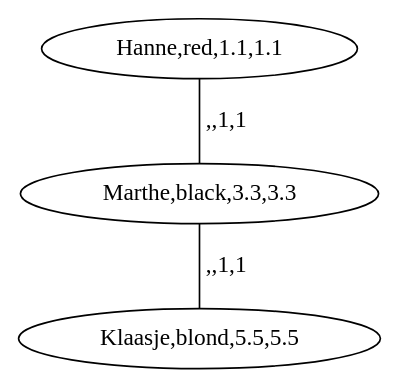
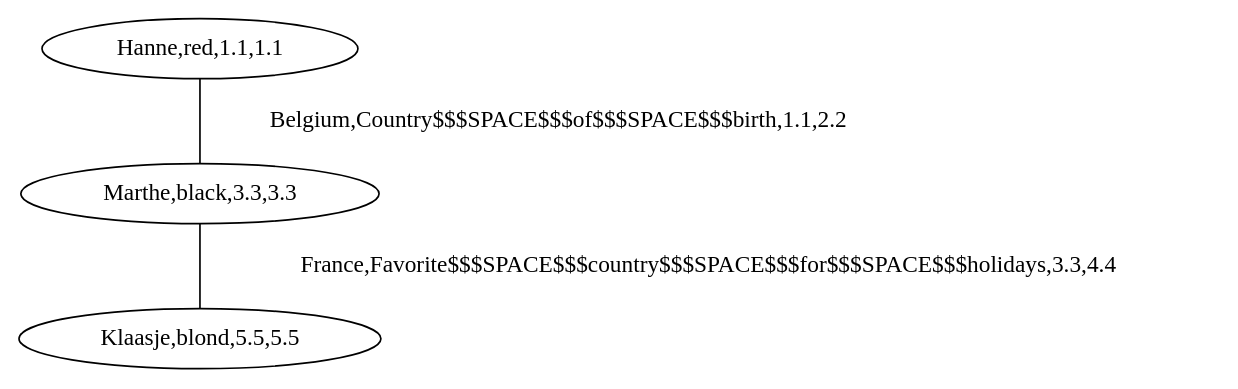
Before and after one commit to richelbilderbeek/boost_graph_cookbook_1: the diagram in BoostGraphTutorial/create_all_direct_neighbour_custom_and_selectable_edges_and_vertices_subgraphs_1.dot, drawn with Graphviz. The commit also changed 18 other files, not shown here.

```diff
--- a/BoostGraphTutorial/create_all_direct_neighbour_custom_and_selectable_edges_and_vertices_subgraphs_1.dot
+++ b/BoostGraphTutorial/create_all_direct_neighbour_custom_and_selectable_edges_and_vertices_subgraphs_1.dot
@@ -1,7 +1,7 @@
 graph G {
 0[label="Marthe,black,3.3,3.3", regular="0"];
 1[label="Hanne,red,1.1,1.1", regular="0"];
 2[label="Klaasje,blond,5.5,5.5", regular="0"];
-1--0 [label=",,1,1", regular="0"];
-0--2 [label=",,1,1", regular="0"];
+1--0 [label="Belgium,Country$$$SPACE$$$of$$$SPACE$$$birth,1.1,2.2", regular="0"];
+0--2 [label="France,Favorite$$$SPACE$$$country$$$SPACE$$$for$$$SPACE$$$holidays,3.3,4.4", regular="0"];
 }
```
